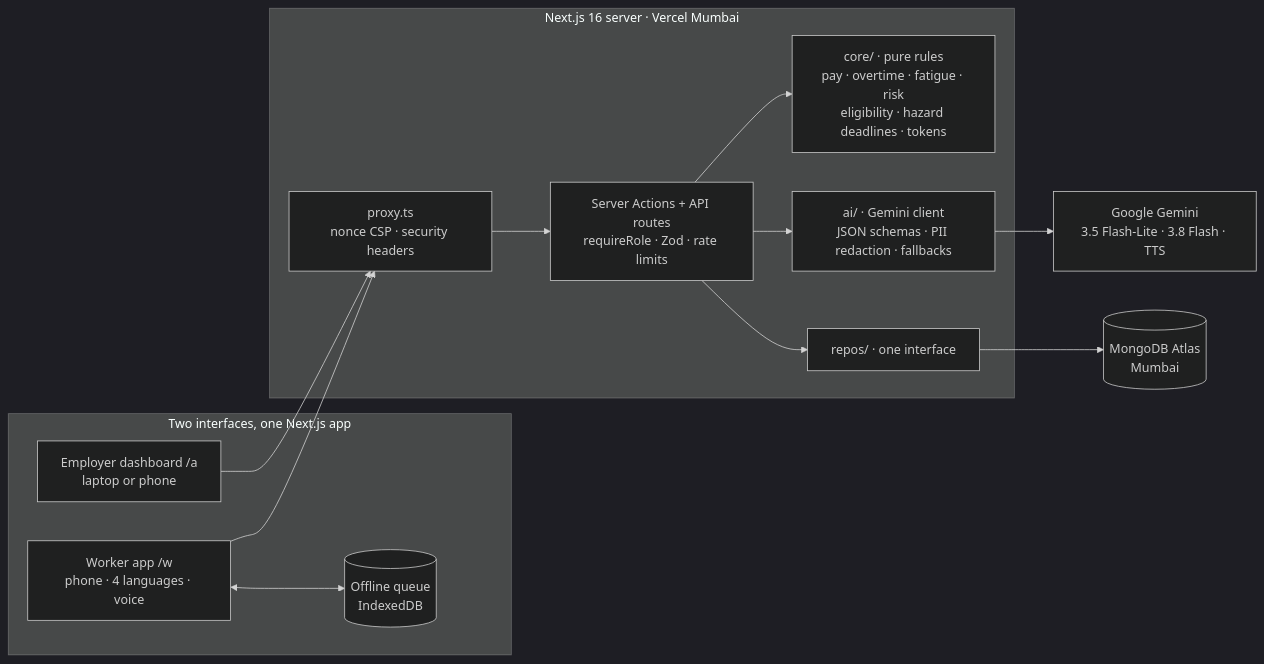
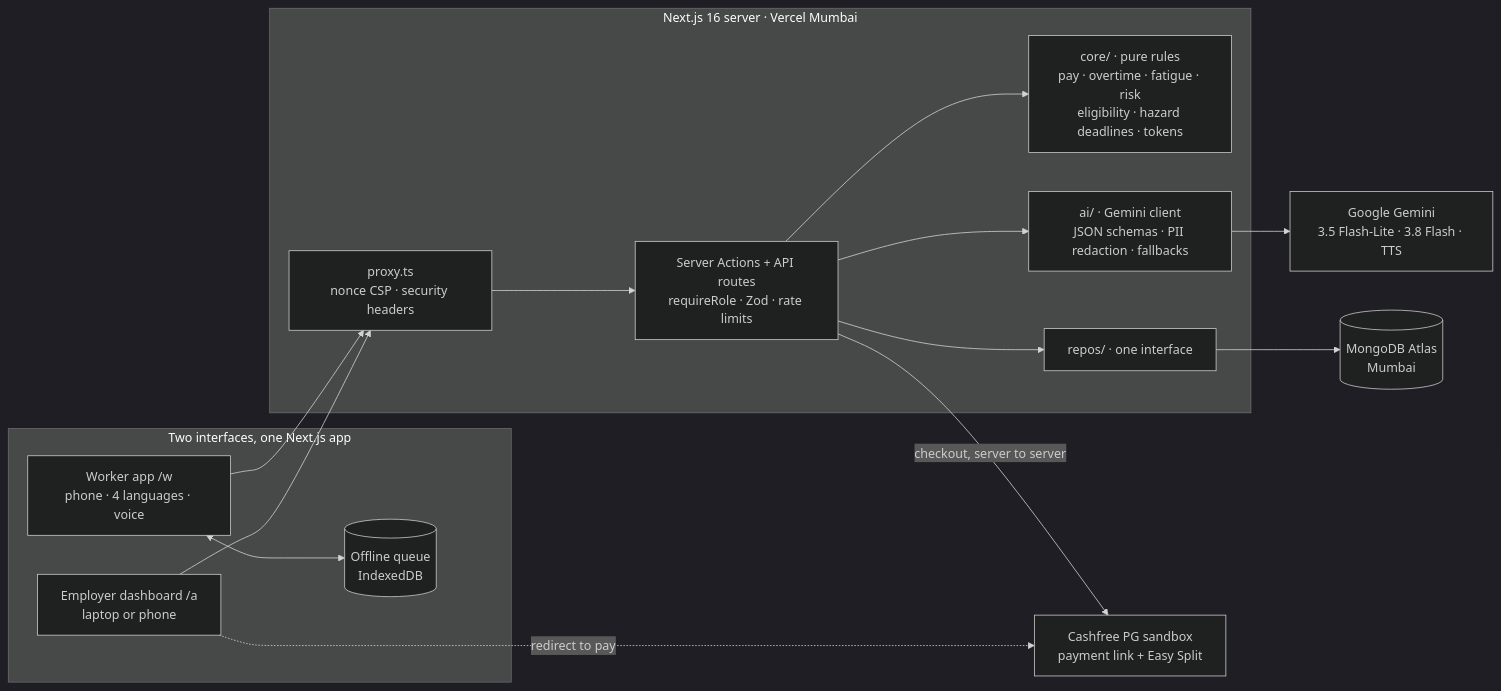
One commit to Dr-M-Suchithra-lab/ACM-SRM-PromptWars-2026 changed the diagram in students/RA2311003010804-AmanMaskara/README.md. Above: the diagram before and after it, drawn with Mermaid (dark theme). The commit also changed other lines of this file and 86 other files, not shown here.

First line of the commit message:
Pay workers in one checkout, with protected bank accounts; new screenshots

````diff
--- a/students/RA2311003010804-AmanMaskara/README.md
+++ b/students/RA2311003010804-AmanMaskara/README.md
@@ -112,24 +114,26 @@
 ```mermaid
 flowchart LR
     subgraph Clients["Two interfaces, one Next.js app"]
         W["Worker app /w<br/>phone · 4 languages · voice"]
         A["Employer dashboard /a<br/>laptop or phone"]
         Q[("Offline queue<br/>IndexedDB")]
     end
     subgraph Server["Next.js 16 server · Vercel Mumbai"]
         PX["proxy.ts<br/>nonce CSP · security headers"]
         SA["Server Actions + API routes<br/>requireRole · Zod · rate limits"]
         CORE["core/ · pure rules<br/>pay · overtime · fatigue · risk<br/>eligibility · hazard deadlines · tokens"]
         AI["ai/ · Gemini client<br/>JSON schemas · PII redaction · fallbacks"]
         REPO["repos/ · one interface"]
     end
     W --> PX
     A --> PX
     W <--> Q
     PX --> SA
     SA --> CORE
     SA --> AI
     SA --> REPO
     AI --> GEM["Google Gemini<br/>3.5 Flash-Lite · 3.8 Flash · TTS"]
     REPO --> DB[("MongoDB Atlas<br/>Mumbai")]
+    SA -- "checkout, server to server" --> CF["Cashfree PG sandbox<br/>payment link + Easy Split"]
+    A -. "redirect to pay" .-> CF
 ```
````
